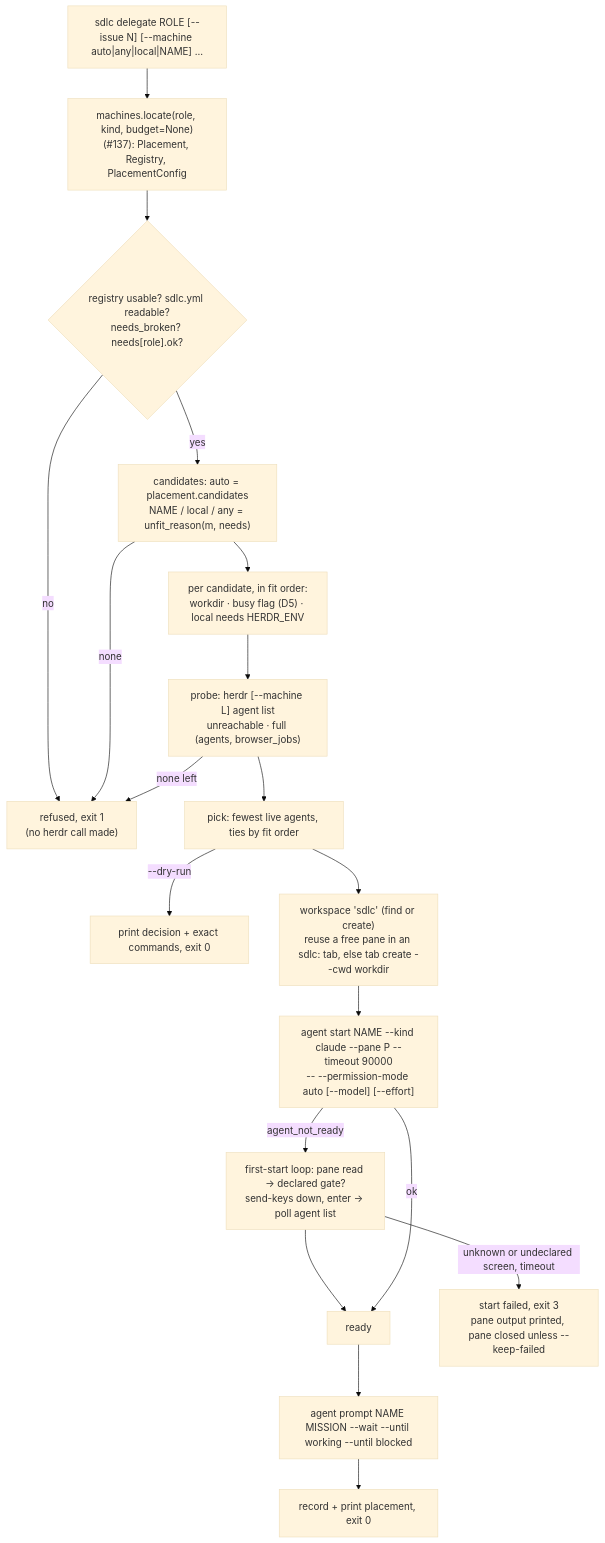
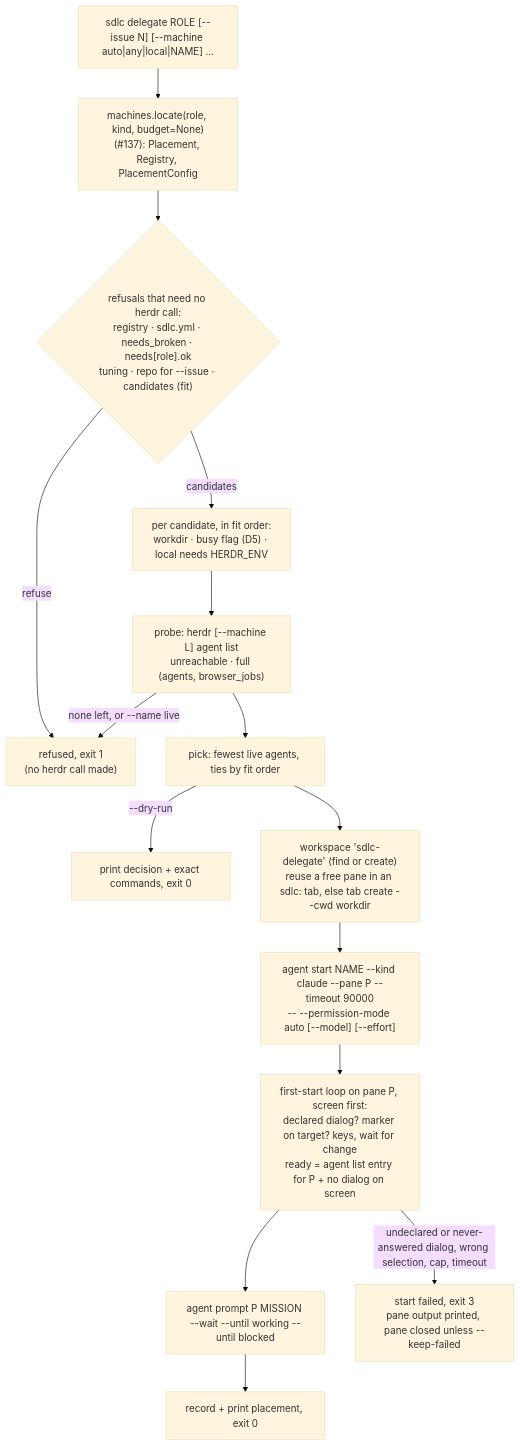
The diagram in .ai-docs/stacks/machines/specs/139.md (pattern-stack/claudecode-patterns), drawn with Mermaid (base theme) before and after one commit. The commit also changed other lines of this file, not shown here.

````diff
--- a/.ai-docs/stacks/machines/specs/139.md
+++ b/.ai-docs/stacks/machines/specs/139.md
@@ -59,21 +68,17 @@
 ```mermaid
 flowchart TD
   CLI["sdlc delegate ROLE [--issue N] [--machine auto|any|local|NAME] ..."] --> LOC["machines.locate(role, kind, budget=None)<br/>(#137): Placement, Registry, PlacementConfig"]
-  LOC --> G1{"registry usable? sdlc.yml readable?<br/>needs_broken? needs[role].ok?"}
-  G1 -- no --> R1["refused, exit 1<br/>(no herdr call made)"]
-  G1 -- yes --> CAND["candidates: auto = placement.candidates<br/>NAME / local / any = unfit_reason(m, needs)"]
-  CAND -- none --> R1
-  CAND --> F["per candidate, in fit order:<br/>workdir · busy flag (D5) · local needs HERDR_ENV"]
+  LOC --> G1{"refusals that need no herdr call:<br/>registry · sdlc.yml · needs_broken · needs[role].ok<br/>tuning · repo for --issue · candidates (fit)"}
+  G1 -- refuse --> R1["refused, exit 1<br/>(no herdr call made)"]
+  G1 -- candidates --> F["per candidate, in fit order:<br/>workdir · busy flag (D5) · local needs HERDR_ENV"]
   F --> PR["probe: herdr [--machine L] agent list<br/>unreachable · full (agents, browser_jobs)"]
-  PR -- none left --> R1
+  PR -- "none left, or --name live" --> R1
   PR --> PICK["pick: fewest live agents, ties by fit order"]
   PICK -- "--dry-run" --> DRY["print decision + exact commands, exit 0"]
-  PICK --> PANE["workspace 'sdlc' (find or create)<br/>reuse a free pane in an sdlc: tab, else tab create --cwd workdir"]
+  PICK --> PANE["workspace 'sdlc-delegate' (find or create)<br/>reuse a free pane in an sdlc: tab, else tab create --cwd workdir"]
   PANE --> ST["agent start NAME --kind claude --pane P --timeout 90000<br/>-- --permission-mode auto [--model] [--effort]"]
-  ST -- agent_not_ready --> GATE["first-start loop: pane read → declared gate?<br/>send-keys down, enter → poll agent list"]
-  GATE --> ST2["ready"]
-  ST -- ok --> ST2
-  ST2 --> BR["agent prompt NAME MISSION --wait --until working --until blocked"]
+  ST --> GATE["first-start loop on pane P, screen first:<br/>declared dialog? marker on target? keys, wait for change<br/>ready = agent list entry for P + no dialog on screen"]
+  GATE --> BR["agent prompt P MISSION --wait --until working --until blocked"]
   BR --> REC["record + print placement, exit 0"]
-  GATE -- "unknown or undeclared screen, timeout" --> X3["start failed, exit 3<br/>pane output printed, pane closed unless --keep-failed"]
+  GATE -- "undeclared or never-answered dialog, wrong selection, cap, timeout" --> X3["start failed, exit 3<br/>pane output printed, pane closed unless --keep-failed"]
 ```
````
